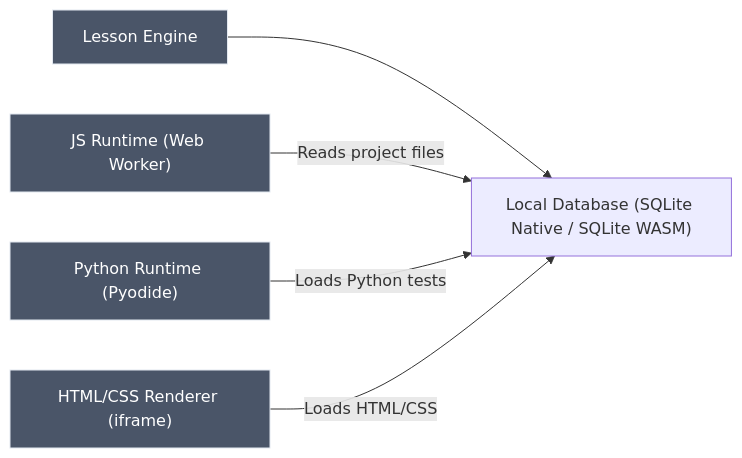
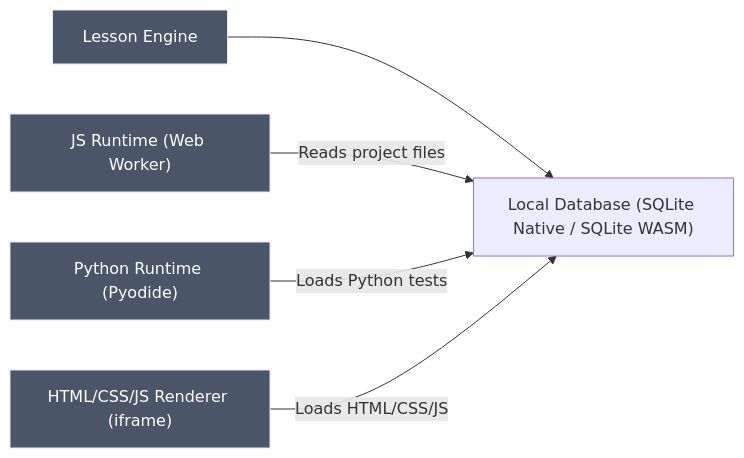
One commit to Spencer1O1/cheque.dev changed the third of 7 diagrams in STACK.md. Above: the diagram before and after it, drawn with Mermaid. The commit also changed other lines of this file and 2 other files, not shown here.

````diff
--- a/STACK.md
+++ b/STACK.md
@@ -251,19 +251,19 @@
 ```mermaid
 
 flowchart LR
     classDef runtime fill:#4a5568,stroke:#e2e8f0,color:white
 
     LE1["Lesson Engine"]:::runtime
     LE2["JS Runtime (Web Worker)"]:::runtime
     LE3["Python Runtime (Pyodide)"]:::runtime
-    LE4["HTML/CSS Renderer (iframe)"]:::runtime
+    LE4["HTML/CSS/JS Renderer (iframe)"]:::runtime
 
     DB["Local Database (SQLite Native / SQLite WASM)"]
 
     LE1 --> DB
     LE2 -->|"Reads project files"| DB
     LE3 -->|"Loads Python tests"| DB
-    LE4 -->|"Loads HTML/CSS"| DB
+    LE4 -->|"Loads HTML/CSS/JS"| DB
 
 
 ```
````
